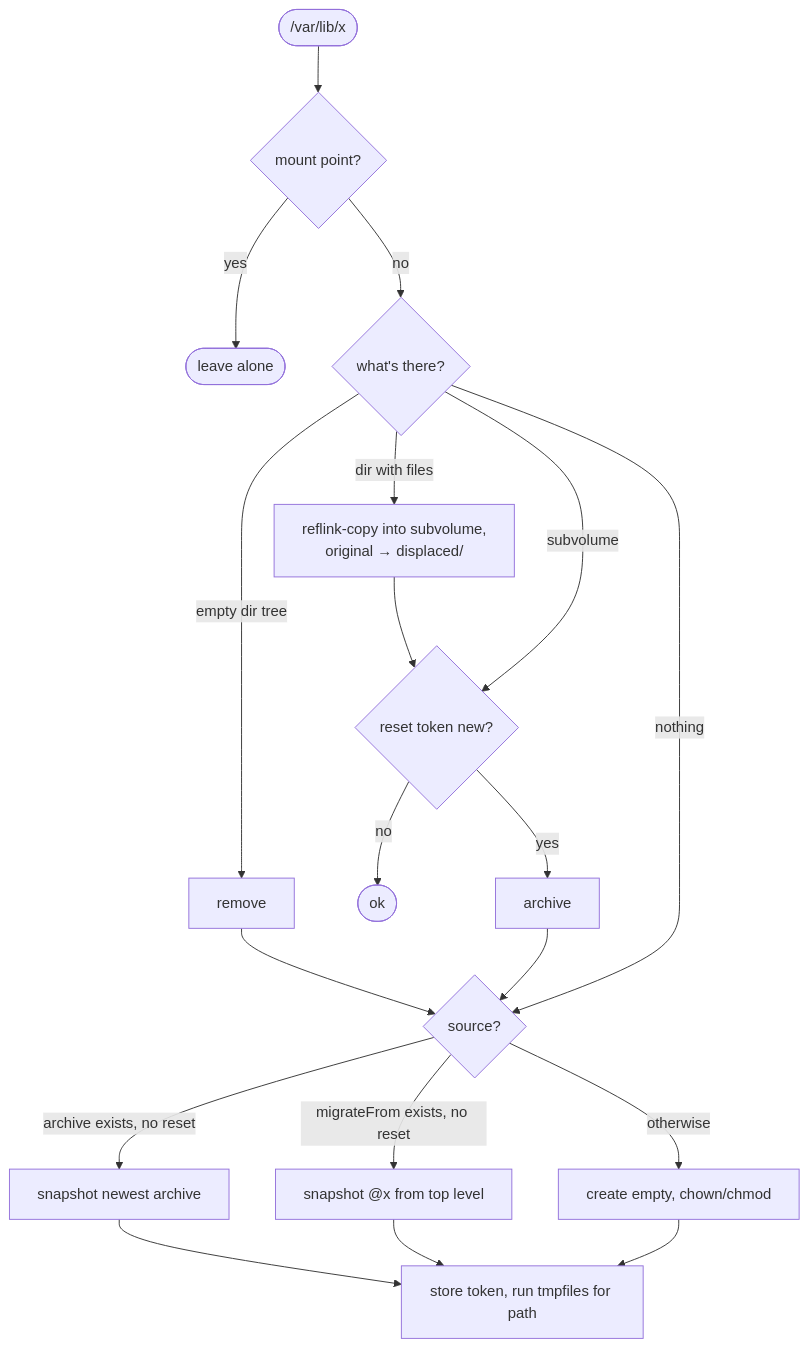
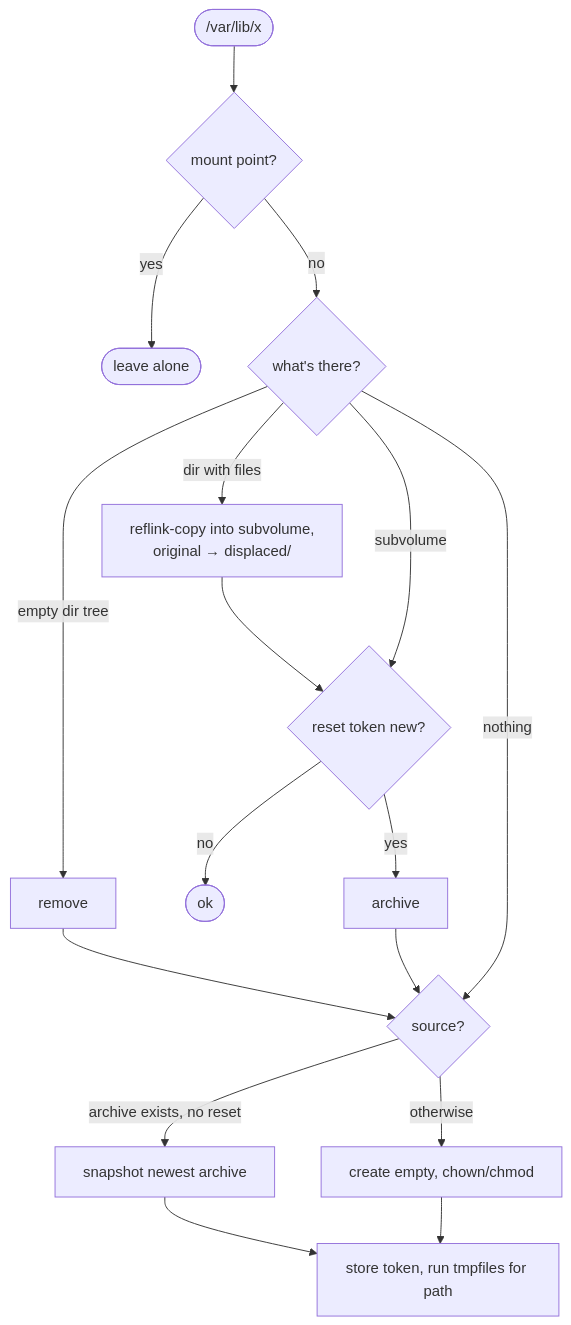
The third of 3 diagrams in docs/subvolumes.md (n-marci/nix), drawn with Mermaid before and after one commit. The commit also changed other lines of this file and 16 other files, not shown here.

````diff
--- a/docs/subvolumes.md
+++ b/docs/subvolumes.md
@@ -78,16 +76,15 @@
 ```mermaid
 flowchart TD
     A([/var/lib/x]) --> M{mount point?}
     M -- yes --> SKIP([leave alone])
     M -- no --> K{what's there?}
     K -- "empty dir tree" --> DEL[remove] --> N
     K -- "dir with files" --> CONV[reflink-copy into subvolume,<br/>original → displaced/] --> V
     K -- subvolume --> V{reset token new?}
     K -- nothing --> N
     V -- no --> OK([ok])
     V -- yes --> ARC[archive] --> N
     N{source?} -- "archive exists, no reset" --> R[snapshot newest archive]
-    N -- "migrateFrom exists, no reset" --> MIG[snapshot @x from top level]
     N -- otherwise --> E[create empty, chown/chmod]
-    R & MIG & E --> T[store token, run tmpfiles for path]
+    R & E --> T[store token, run tmpfiles for path]
 ```
````
